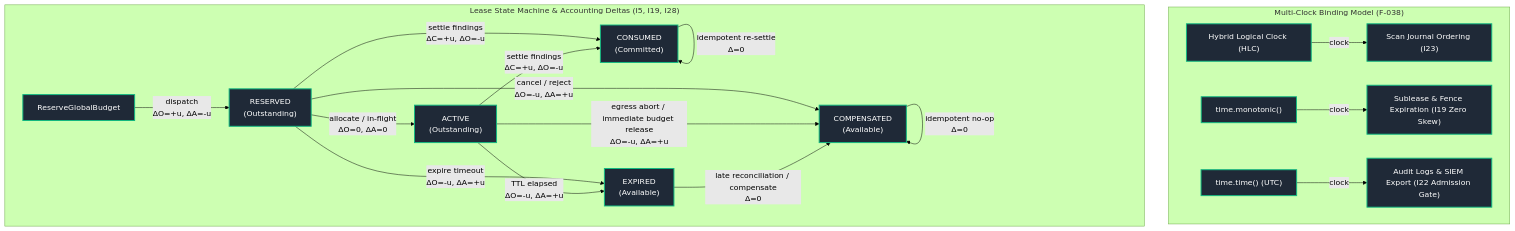
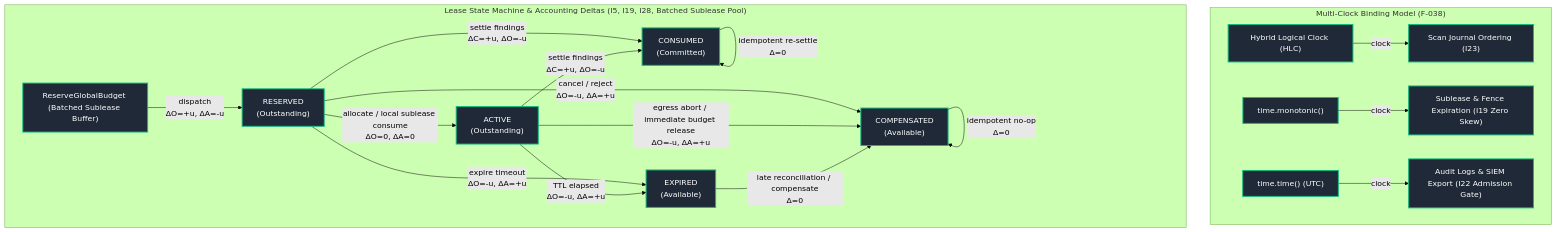
Before and after one commit to AviralGup7/Singularity-Zero: the seventh of 16 diagrams in docs/flowchart.md, drawn with Mermaid (forest theme). The commit also changed 2 other files, not shown here.

Commit message:
feat(budget): implement batched reservations and local sublease buffer pool in HuntBudgetEnforcer

````diff
--- a/docs/flowchart.md
+++ b/docs/flowchart.md
@@ -522,31 +522,31 @@
 ```mermaid
 flowchart TD
     classDef impl fill:#1f2937,stroke:#10b981,stroke-width:2px,color:#fff;
     classDef singleNode fill:#1e293b,stroke:#0ea5e9,stroke-width:1px,stroke-dasharray:3 3,color:#fff;
     classDef library fill:#334155,stroke:#64748b,stroke-width:1px,color:#fff;
     classDef specOnly fill:#1e1b4b,stroke:#818cf8,stroke-width:1px,stroke-dasharray:4 4,color:#fff;
     classDef vacuous fill:#27272a,stroke:#71717a,stroke-width:1px,color:#a1a1aa;
     classDef forbidden fill:#450a0a,stroke:#ef4444,stroke-width:2px,color:#fca5a5;
 
     subgraph ClockModel["Multi-Clock Binding Model (F-038)"]
         HLC["Hybrid Logical Clock (HLC)"]:::impl -->|"clock"| EventOrder["Scan Journal Ordering (I23)"]:::impl
         Mono["time.monotonic()"]:::impl -->|"clock"| LeaseTTL["Sublease & Fence Expiration (I19 Zero Skew)"]:::impl
         Wall["time.time() (UTC)"]:::impl -->|"clock"| AuditTime["Audit Logs & SIEM Export (I22 Admission Gate)"]:::impl
     end
 
-    subgraph LeaseFSM["Lease State Machine & Accounting Deltas (I5, I19, I28)"]
-        Reserve["ReserveGlobalBudget"]:::impl -->|"dispatch<br/>ΔO=+u, ΔA=-u"| RESERVED["RESERVED<br/>(Outstanding)"]:::impl
-        RESERVED -->|"allocate / in-flight<br/>ΔO=0, ΔA=0"| ACTIVE["ACTIVE<br/>(Outstanding)"]:::impl
+    subgraph LeaseFSM["Lease State Machine & Accounting Deltas (I5, I19, I28, Batched Sublease Pool)"]
+        Reserve["ReserveGlobalBudget (Batched Sublease Buffer)"]:::impl -->|"dispatch<br/>ΔO=+u, ΔA=-u"| RESERVED["RESERVED<br/>(Outstanding)"]:::impl
+        RESERVED -->|"allocate / local sublease consume<br/>ΔO=0, ΔA=0"| ACTIVE["ACTIVE<br/>(Outstanding)"]:::impl
         RESERVED -->|"settle findings<br/>ΔC=+u, ΔO=-u"| CONSUMED["CONSUMED<br/>(Committed)"]:::impl
         ACTIVE -->|"settle findings<br/>ΔC=+u, ΔO=-u"| CONSUMED
         
         RESERVED -->|"cancel / reject<br/>ΔO=-u, ΔA=+u"| COMPENSATED["COMPENSATED<br/>(Available)"]:::impl
         ACTIVE -->|"egress abort / immediate budget release<br/>ΔO=-u, ΔA=+u"| COMPENSATED
         RESERVED -->|"expire timeout<br/>ΔO=-u, ΔA=+u"| EXPIRED["EXPIRED<br/>(Available)"]:::impl
         ACTIVE -->|"TTL elapsed<br/>ΔO=-u, ΔA=+u"| EXPIRED
         
         EXPIRED -->|"late reconciliation / compensate<br/>Δ=0"| COMPENSATED
         CONSUMED -->|"idempotent re-settle<br/>Δ=0"| CONSUMED
         COMPENSATED -->|"idempotent no-op<br/>Δ=0"| COMPENSATED
     end
 ```
````
